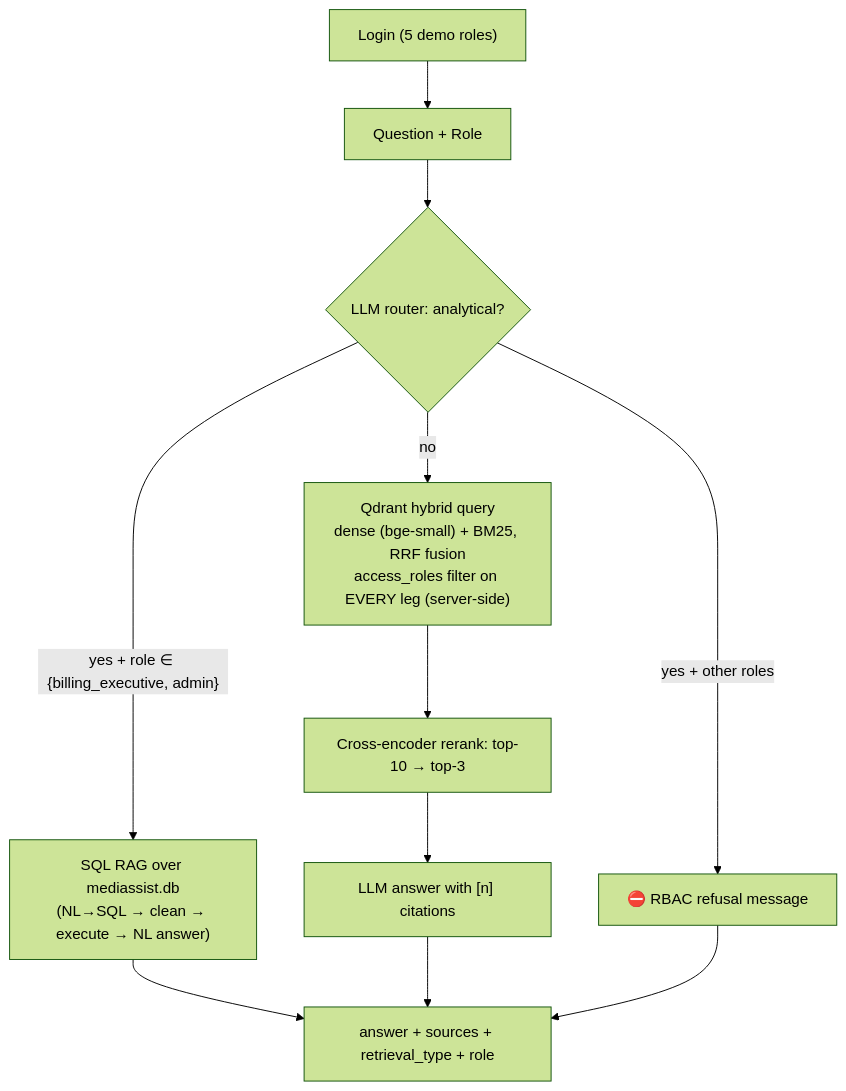
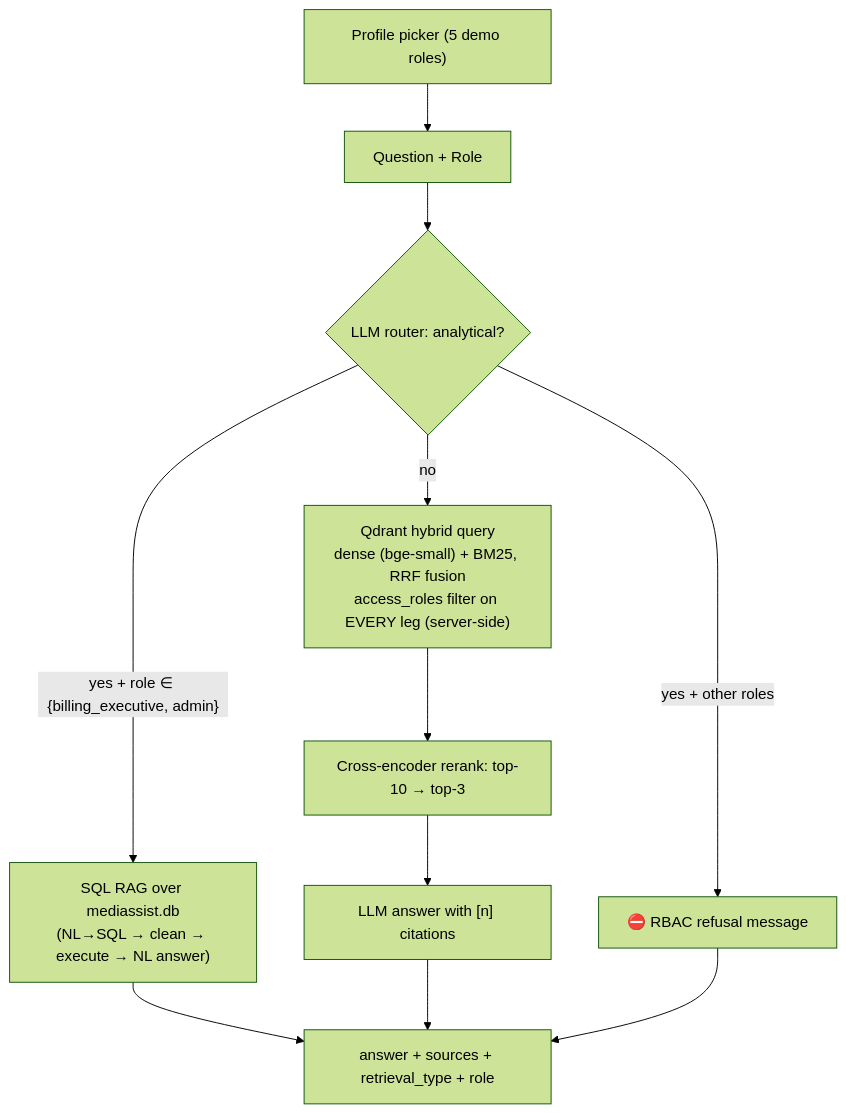
The diagram in projects/medibot/README.md (lakshmilnarayana-sys/AI-Architect-Playground), drawn with Mermaid (forest theme) before and after one commit. The commit also changed other lines of this file and 1 other file, not shown here.

Commit message:
Add MediBot profile picker and switcher

````diff
--- a/projects/medibot/README.md
+++ b/projects/medibot/README.md
@@ -9,13 +9,13 @@
 ```mermaid
 flowchart TD
-    L["Login (5 demo roles)"] --> Q["Question + Role"]
+    L["Profile picker (5 demo roles)"] --> Q["Question + Role"]
     Q --> R{"LLM router: analytical?"}
     R -- "yes + role ∈ {billing_executive, admin}" --> S["SQL RAG over mediassist.db<br/>(NL→SQL → clean → execute → NL answer)"]
     R -- "yes + other roles" --> X["⛔ RBAC refusal message"]
     R -- "no" --> H["Qdrant hybrid query<br/>dense (bge-small) + BM25, RRF fusion<br/>access_roles filter on EVERY leg (server-side)"]
     H --> C["Cross-encoder rerank: top-10 → top-3"]
     C --> A["LLM answer with [n] citations"]
     S --> O["answer + sources + retrieval_type + role"]
     A --> O
     X --> O
 ```
````
